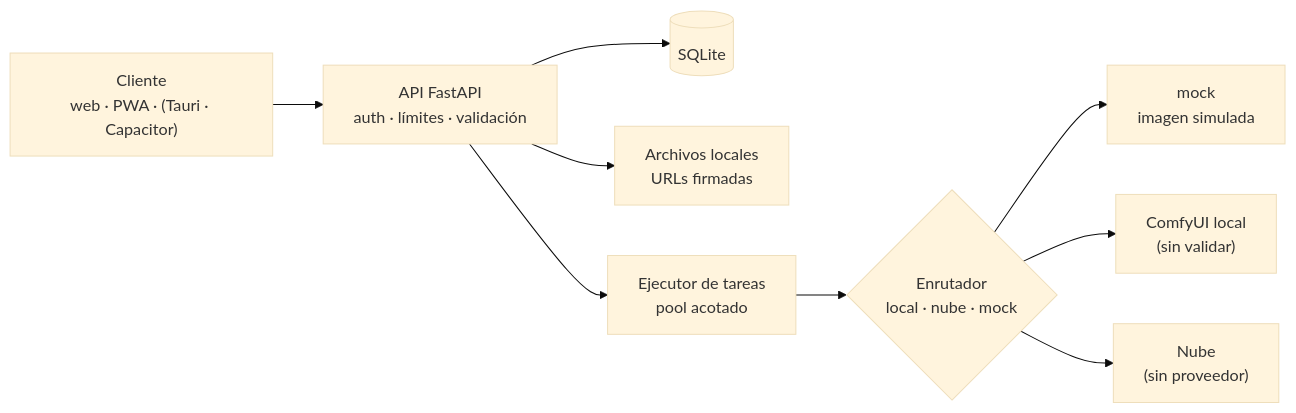
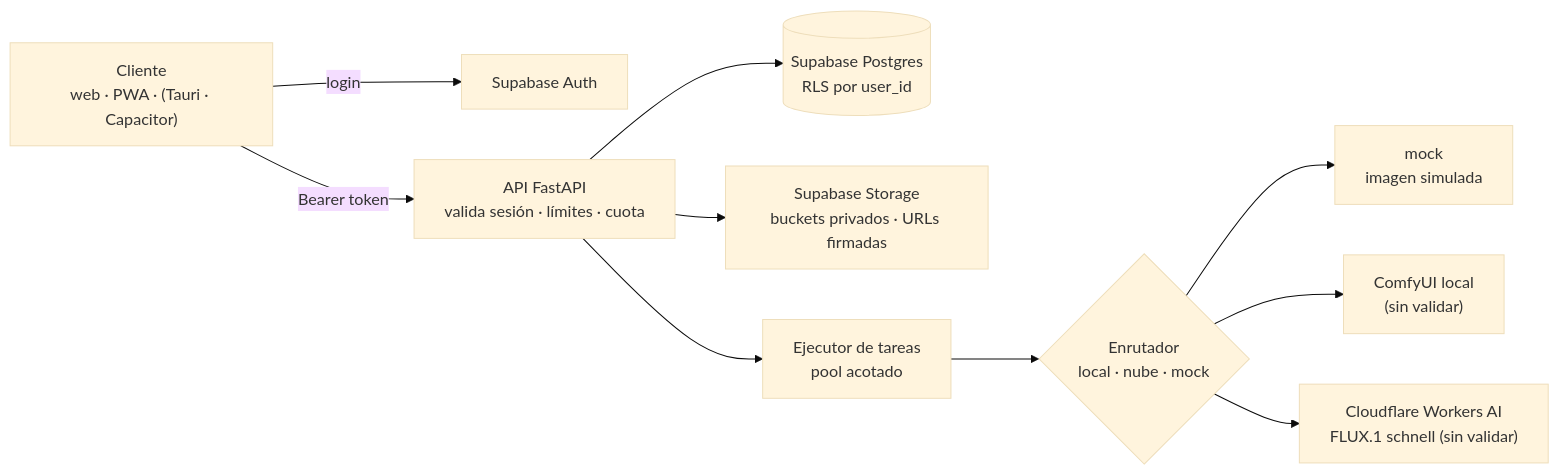
The diagram in docs/architecture.md (JorgeMinda/IA-influencer2), drawn with Mermaid (base theme) before and after one commit. The commit also changed other lines of this file and 69 other files, not shown here.

First line of the commit message:
feat: Supabase integration, backend API, auth, and frontend updates

````diff
--- a/docs/architecture.md
+++ b/docs/architecture.md
@@ -26,11 +26,12 @@
 ```mermaid
 flowchart LR
-    C["Cliente<br/>web · PWA · (Tauri · Capacitor)"] --> API["API FastAPI<br/>auth · límites · validación"]
-    API --> DB[("SQLite")]
-    API --> FS["Archivos locales<br/>URLs firmadas"]
+    C["Cliente<br/>web · PWA · (Tauri · Capacitor)"] -->|login| SA["Supabase Auth"]
+    C -->|Bearer token| API["API FastAPI<br/>valida sesión · límites · cuota"]
+    API --> DB[("Supabase Postgres<br/>RLS por user_id")]
+    API --> FS["Supabase Storage<br/>buckets privados · URLs firmadas"]
     API --> Q["Ejecutor de tareas<br/>pool acotado"]
     Q --> R{"Enrutador<br/>local · nube · mock"}
     R --> M["mock<br/>imagen simulada"]
     R --> L["ComfyUI local<br/>(sin validar)"]
-    R --> N["Nube<br/>(sin proveedor)"]
+    R --> N["Cloudflare Workers AI<br/>FLUX.1 schnell (sin validar)"]
 ```
````
